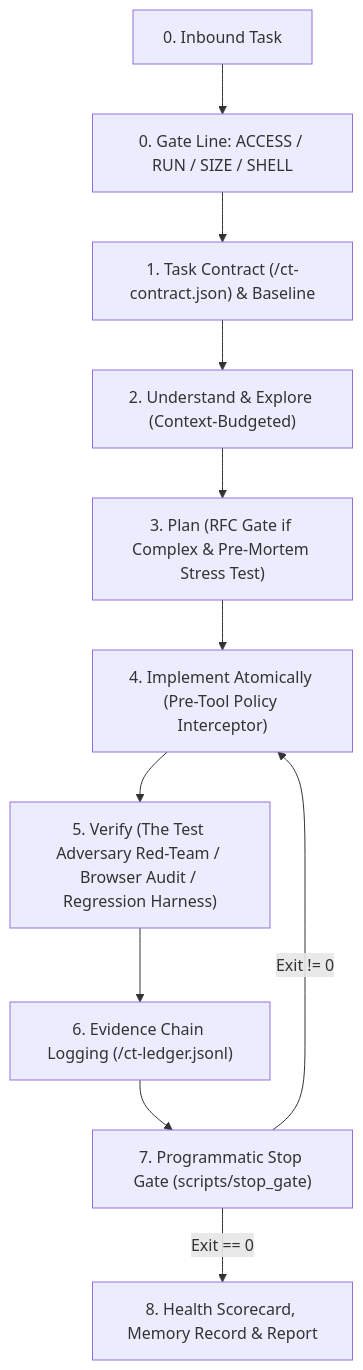
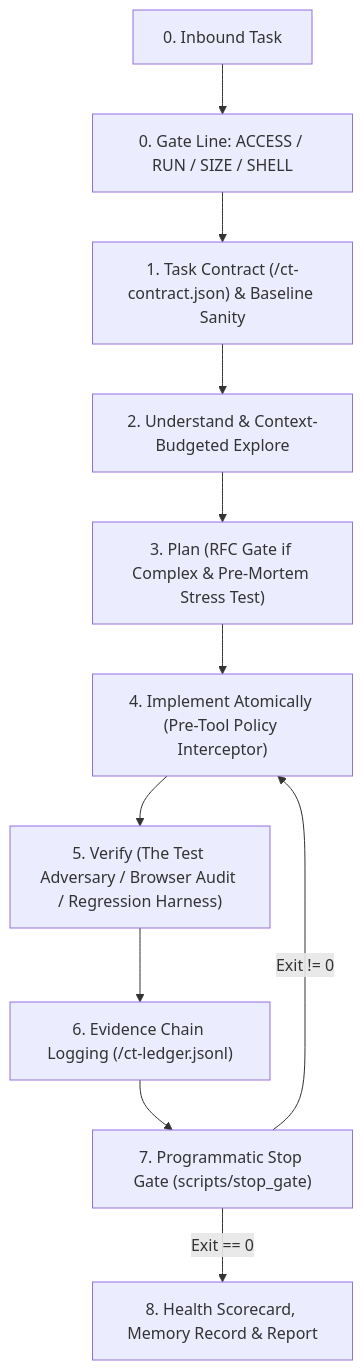
One commit to dragonkrishnan15/safety changed the diagram in README.md. Above: the diagram before and after it, drawn with Mermaid. The commit also changed other lines of this file, not shown here.

````diff
--- a/README.md
+++ b/README.md
@@ -85,13 +116,13 @@
 ```mermaid
 graph TD
     A["0. Inbound Task"] --> B["0. Gate Line: ACCESS / RUN / SIZE / SHELL"]
-    B --> C["1. Task Contract (<tmp>/ct-contract.json) & Baseline"]
-    C --> D["2. Understand & Explore (Context-Budgeted)"]
+    B --> C["1. Task Contract (<tmp>/ct-contract.json) & Baseline Sanity"]
+    C --> D["2. Understand & Context-Budgeted Explore"]
     D --> E["3. Plan (RFC Gate if Complex & Pre-Mortem Stress Test)"]
     E --> F["4. Implement Atomically (Pre-Tool Policy Interceptor)"]
-    F --> G["5. Verify (The Test Adversary Red-Team / Browser Audit / Regression Harness)"]
+    F --> G["5. Verify (The Test Adversary / Browser Audit / Regression Harness)"]
     G --> H["6. Evidence Chain Logging (<tmp>/ct-ledger.jsonl)"]
     H --> I["7. Programmatic Stop Gate (scripts/stop_gate)"]
     I -->|Exit != 0| F
     I -->|Exit == 0| J["8. Health Scorecard, Memory Record & Report"]
 ```
````
